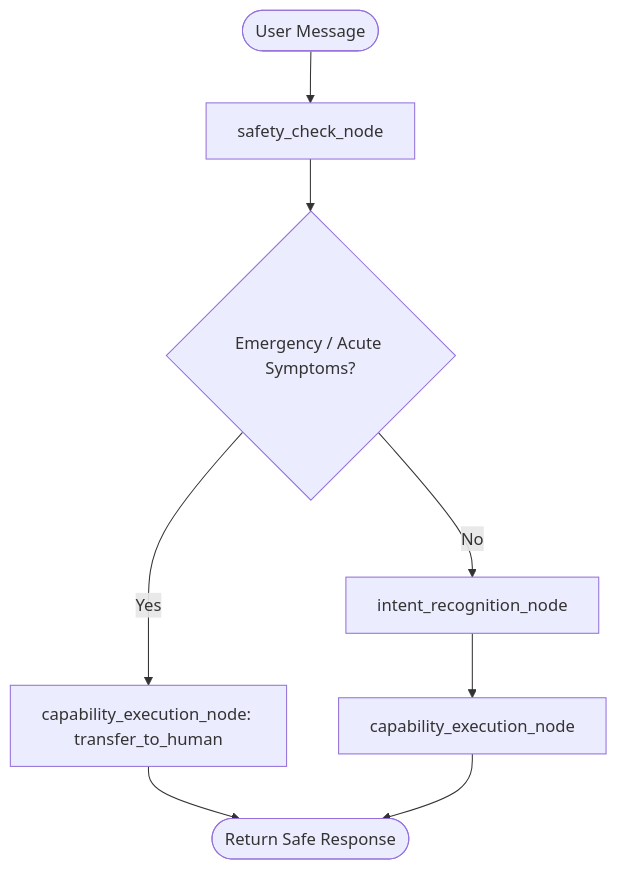
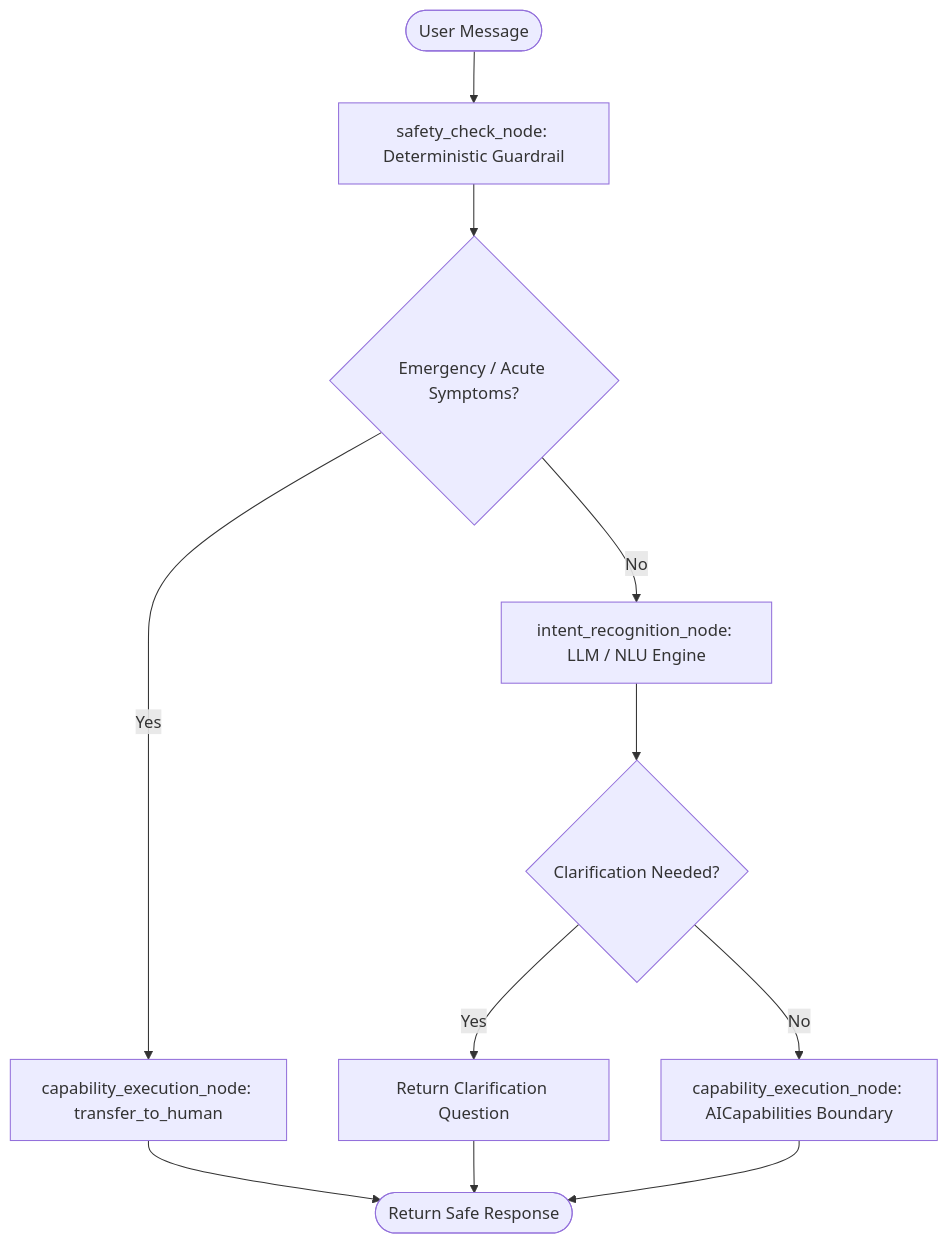
The diagram in AI_DOCUMENTATION.md (sravani-vallepu07/-healthpulse-ai), drawn with Mermaid before and after one commit. The commit also changed other lines of this file and 18 other files, not shown here.

Commit message:
Fix 5 PRD gaps: Real LLM NLU, Telephony integration, Transactional double-booking prevention, Cross-tenant isolation tests, and PRD docs

````diff
--- a/AI_DOCUMENTATION.md
+++ b/AI_DOCUMENTATION.md
@@ -28,12 +28,16 @@
 ```mermaid
 flowchart TD
-    Start([User Message]) --> SafetyNode[safety_check_node]
+    Start([User Message]) --> SafetyNode[safety_check_node: Deterministic Guardrail]
     SafetyNode --> ShouldEscalate{Emergency / Acute Symptoms?}
     
     ShouldEscalate -->|Yes| EscalateNode[capability_execution_node: transfer_to_human]
-    ShouldEscalate -->|No| IntentNode[intent_recognition_node]
+    ShouldEscalate -->|No| IntentNode[intent_recognition_node: LLM / NLU Engine]
     
-    IntentNode --> CapabilityNode[capability_execution_node]
+    IntentNode --> NeedsClarification{Clarification Needed?}
+    NeedsClarification -->|Yes| ClarificationReply[Return Clarification Question]
+    NeedsClarification -->|No| CapabilityNode[capability_execution_node: AICapabilities Boundary]
+    
     EscalateNode --> End([Return Safe Response])
+    ClarificationReply --> End
     CapabilityNode --> End
 ```
````
